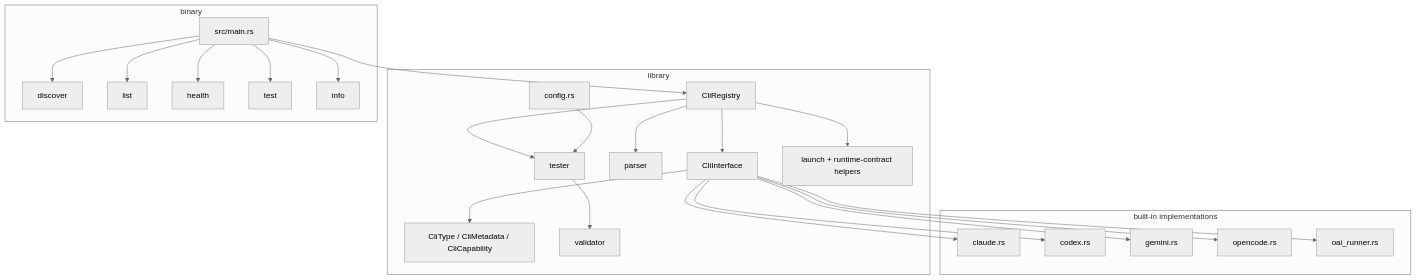
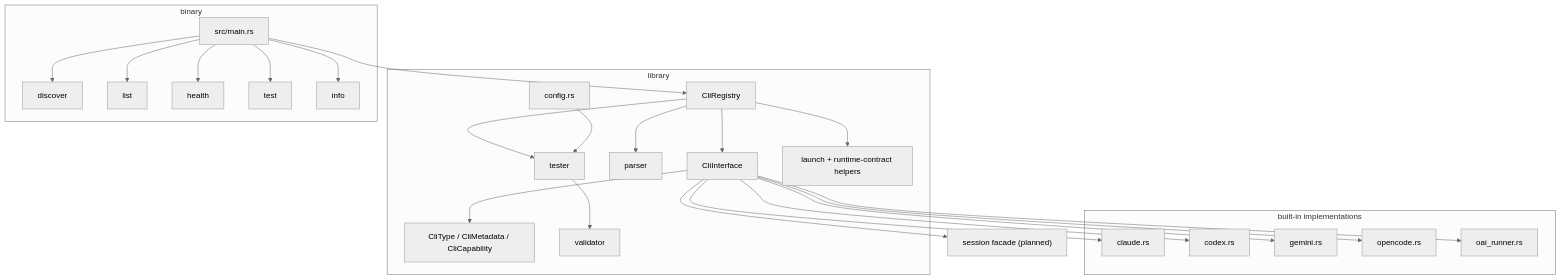
The first of 2 diagrams in crates/llm-cli-wrapper/README.md (launchapp-dev/animus-cli), drawn with Mermaid (neutral theme) before and after one commit. The commit also changed other lines of this file and 14 other files, not shown here.

Commit message:
Add native session backend facade for llm wrapper

````diff
--- a/crates/llm-cli-wrapper/README.md
+++ b/crates/llm-cli-wrapper/README.md
@@ -16,51 +21,52 @@
 ```mermaid
 flowchart TD
     subgraph "library"
         REG["CliRegistry"]
         IFACE["CliInterface"]
         TYPES["CliType / CliMetadata / CliCapability"]
         PARSE["parser"]
         TEST["tester"]
         VALID["validator"]
         CFG["config.rs"]
         LAUNCH["launch + runtime-contract helpers"]
     end
 
     REG --> IFACE
     IFACE --> TYPES
     REG --> TEST
     REG --> PARSE
     REG --> LAUNCH
+    IFACE --> SESS["session facade (planned)"]
     TEST --> VALID
     CFG --> TEST
 
     subgraph "built-in implementations"
         CLAUDE["claude.rs"]
         CODEX["codex.rs"]
         GEMINI["gemini.rs"]
         OPENCODE["opencode.rs"]
         OAI["oai_runner.rs"]
     end
 
     IFACE --> CLAUDE
     IFACE --> CODEX
     IFACE --> GEMINI
     IFACE --> OPENCODE
     IFACE --> OAI
 
     subgraph "binary"
         MAIN["src/main.rs"]
         DISC["discover"]
         LIST["list"]
         HEALTH["health"]
         TESTCMD["test"]
         INFO["info"]
     end
 
     MAIN --> DISC
     MAIN --> LIST
     MAIN --> HEALTH
     MAIN --> TESTCMD
     MAIN --> INFO
     MAIN --> REG
 ```
````
